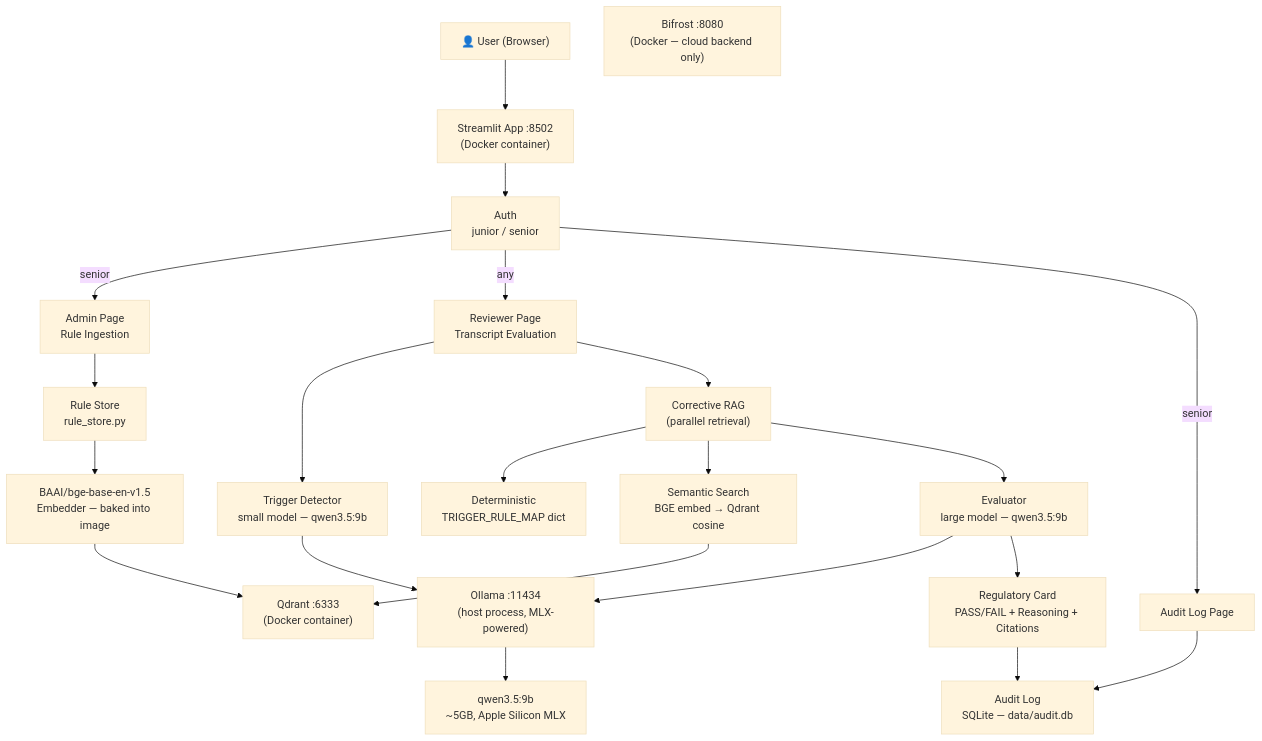
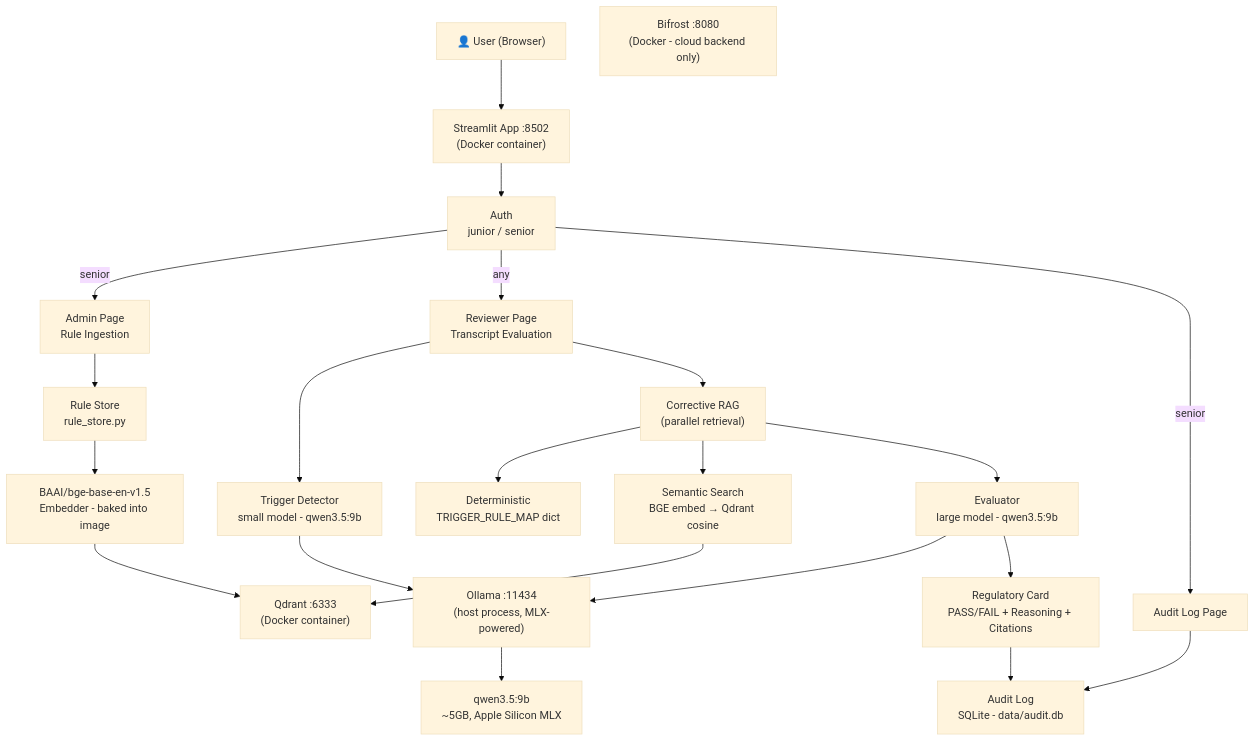
Before and after one commit to KTS-o7/Compliance-agent: the first of 4 diagrams in README.md, drawn with Mermaid (base theme). The commit also changed other lines of this file, not shown here.

````diff
--- a/README.md
+++ b/README.md
@@ -53,31 +53,31 @@
 ```mermaid
 graph TD
     User["👤 User (Browser)"] --> Streamlit["Streamlit App :8502\n(Docker container)"]
 
     Streamlit --> Login["Auth\njunior / senior"]
     Login -->|senior| AdminPage["Admin Page\nRule Ingestion"]
     Login -->|any| ReviewerPage["Reviewer Page\nTranscript Evaluation"]
     Login -->|senior| AuditPage["Audit Log Page"]
 
     AdminPage --> RuleStore["Rule Store\nrule_store.py"]
-    RuleStore --> BGE["BAAI/bge-base-en-v1.5\nEmbedder — baked into image"]
+    RuleStore --> BGE["BAAI/bge-base-en-v1.5\nEmbedder - baked into image"]
     BGE --> Qdrant["Qdrant :6333\n(Docker container)"]
 
-    ReviewerPage --> TriggerDetector["Trigger Detector\nsmall model — qwen3.5:9b"]
+    ReviewerPage --> TriggerDetector["Trigger Detector\nsmall model - qwen3.5:9b"]
     TriggerDetector --> Ollama["Ollama :11434\n(host process, MLX-powered)"]
     Ollama --> Model["qwen3.5:9b\n~5GB, Apple Silicon MLX"]
 
     ReviewerPage --> CorrectiveRAG["Corrective RAG\n(parallel retrieval)"]
     CorrectiveRAG --> DeterministicRetriever["Deterministic\nTRIGGER_RULE_MAP dict"]
     CorrectiveRAG --> SemanticRetriever["Semantic Search\nBGE embed → Qdrant cosine"]
     SemanticRetriever --> Qdrant
 
-    CorrectiveRAG --> Evaluator["Evaluator\nlarge model — qwen3.5:9b"]
+    CorrectiveRAG --> Evaluator["Evaluator\nlarge model - qwen3.5:9b"]
     Evaluator --> Ollama
 
     Evaluator --> RegulatoryCard["Regulatory Card\nPASS/FAIL + Reasoning + Citations"]
-    RegulatoryCard --> AuditLog["Audit Log\nSQLite — data/audit.db"]
+    RegulatoryCard --> AuditLog["Audit Log\nSQLite - data/audit.db"]
     AuditPage --> AuditLog
 
-    Bifrost["Bifrost :8080\n(Docker — cloud backend only)"]
+    Bifrost["Bifrost :8080\n(Docker - cloud backend only)"]
 ```
````
